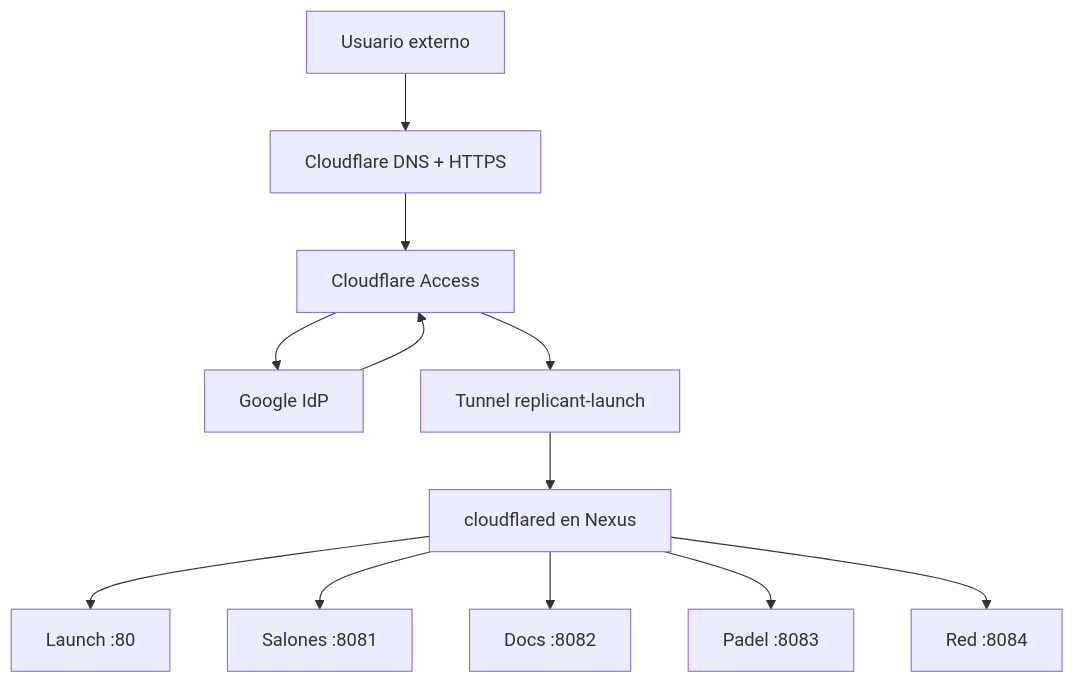
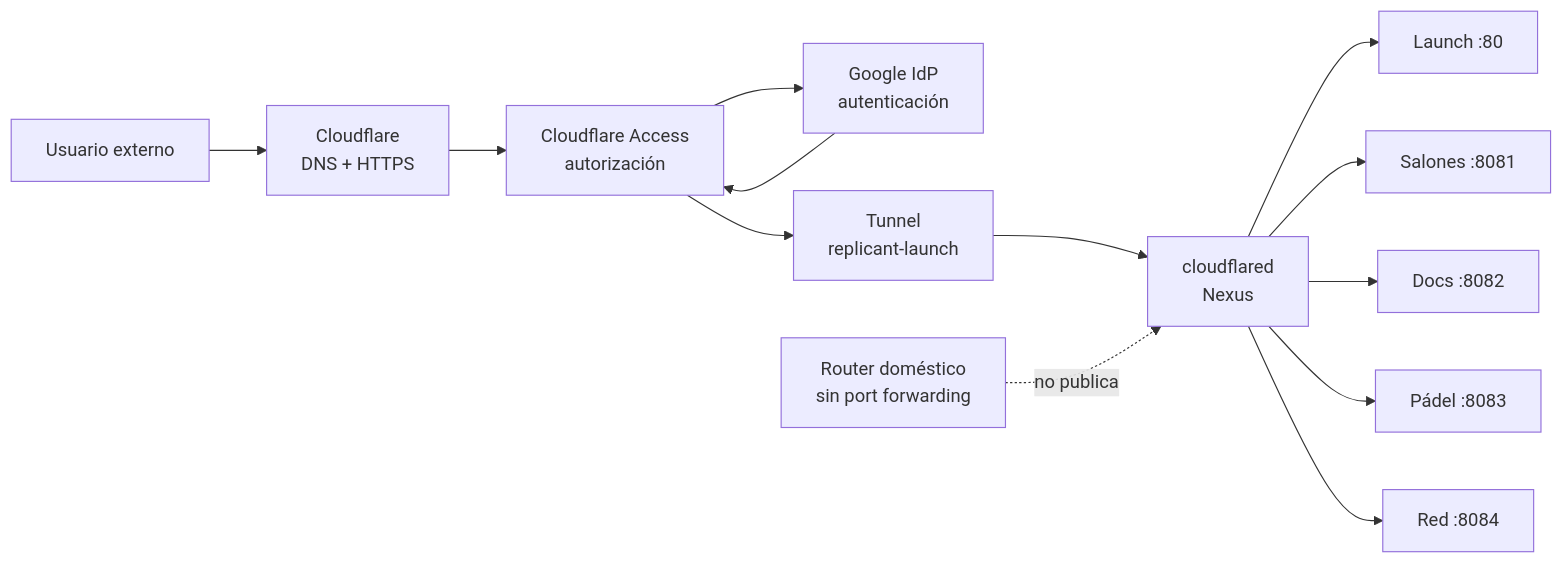
Before and after one commit to ratienza/infra-replicant-lab: the diagram in docs/red/cloudflare-tunnel.md, drawn with Mermaid. The commit also changed other lines of this file, not shown here.

Commit message:
docs: consolidate Cloudflare Access and Google IdP

````diff
--- a/docs/red/cloudflare-tunnel.md
+++ b/docs/red/cloudflare-tunnel.md
@@ -181,14 +20,17 @@
 ```mermaid
-flowchart TD
-    U["Usuario externo"] --> C["Cloudflare DNS + HTTPS"]
-    C --> A["Cloudflare Access"]
-    A --> G["Google IdP"]
+flowchart LR
+    U["Usuario externo"] --> CF["Cloudflare<br/>DNS + HTTPS"]
+    CF --> A["Cloudflare Access<br/>autorización"]
+    A --> G["Google IdP<br/>autenticación"]
     G --> A
-    A --> T["Tunnel replicant-launch"]
-    T --> F["cloudflared en Nexus"]
+    A --> T["Tunnel<br/>replicant-launch"]
+    T --> F["cloudflared<br/>Nexus"]
+
     F --> L["Launch :80"]
     F --> S["Salones :8081"]
     F --> D["Docs :8082"]
-    F --> P["Padel :8083"]
+    F --> P["Pádel :8083"]
     F --> R["Red :8084"]
+
+    RT["Router doméstico<br/>sin port forwarding"] -. no publica .-> F
 ```
````
